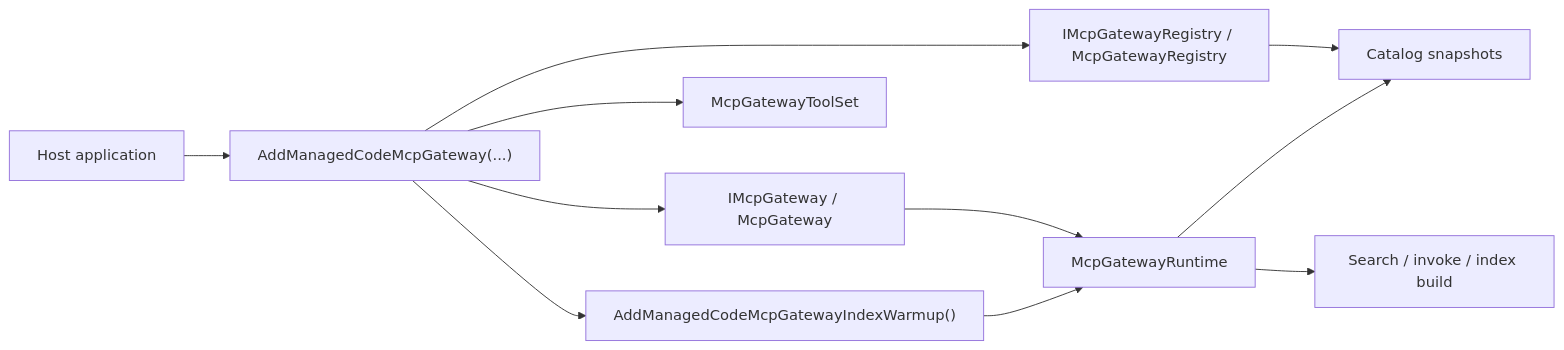
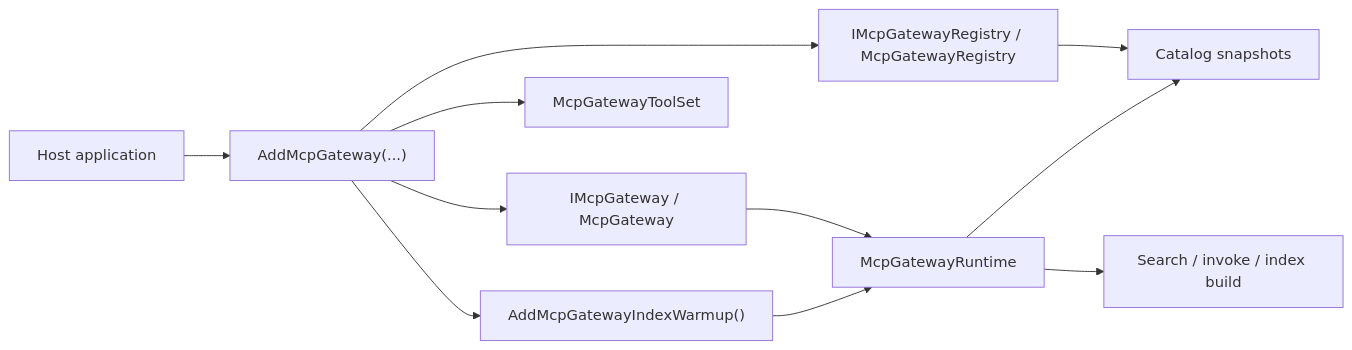
One commit to pokshiu/MCPGateway changed the diagram in docs/ADR/ADR-0001-runtime-boundaries-and-index-lifecycle.md. Above: the diagram before and after it, drawn with Mermaid. The commit also changed other lines of this file and 11 other files, not shown here.

````diff
--- a/docs/ADR/ADR-0001-runtime-boundaries-and-index-lifecycle.md
+++ b/docs/ADR/ADR-0001-runtime-boundaries-and-index-lifecycle.md
@@ -21,13 +21,13 @@
 ```mermaid
 flowchart LR
-    Host["Host application"] --> DI["AddManagedCodeMcpGateway(...)"]
+    Host["Host application"] --> DI["AddMcpGateway(...)"]
     DI --> Gateway["IMcpGateway / McpGateway"]
     DI --> Registry["IMcpGatewayRegistry / McpGatewayRegistry"]
     DI --> ToolSet["McpGatewayToolSet"]
-    DI --> Warmup["AddManagedCodeMcpGatewayIndexWarmup()"]
+    DI --> Warmup["AddMcpGatewayIndexWarmup()"]
     Gateway --> Runtime["McpGatewayRuntime"]
     Registry --> Snapshot["Catalog snapshots"]
     Runtime --> Snapshot
     Warmup --> Runtime
     Runtime --> Search["Search / invoke / index build"]
 ```
````
